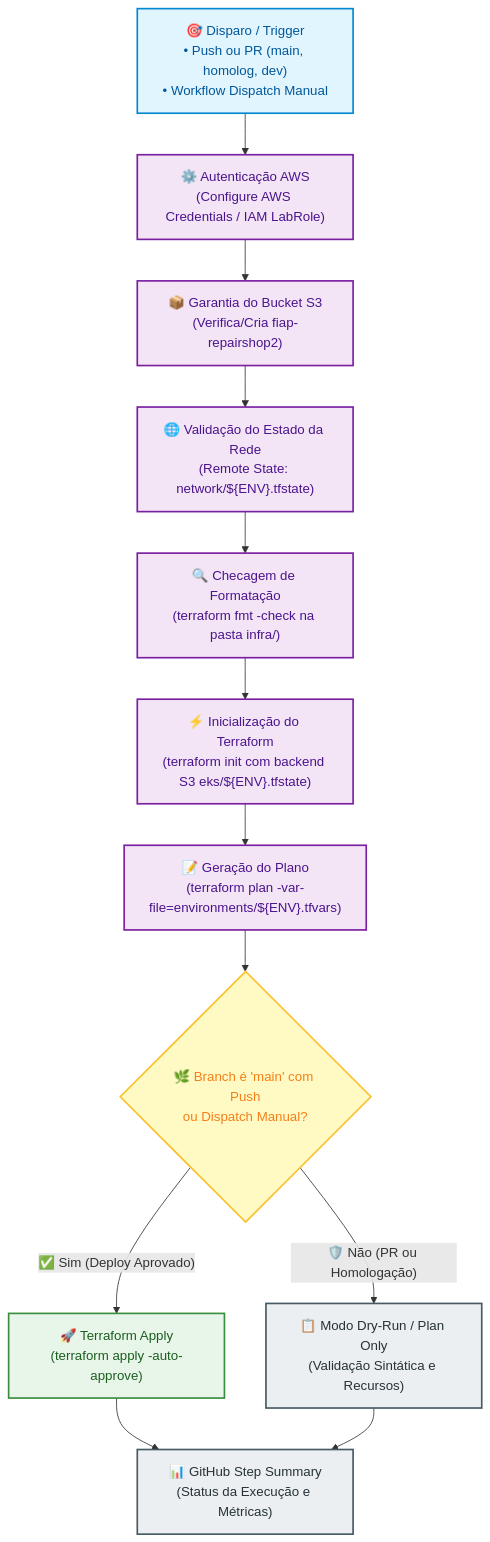
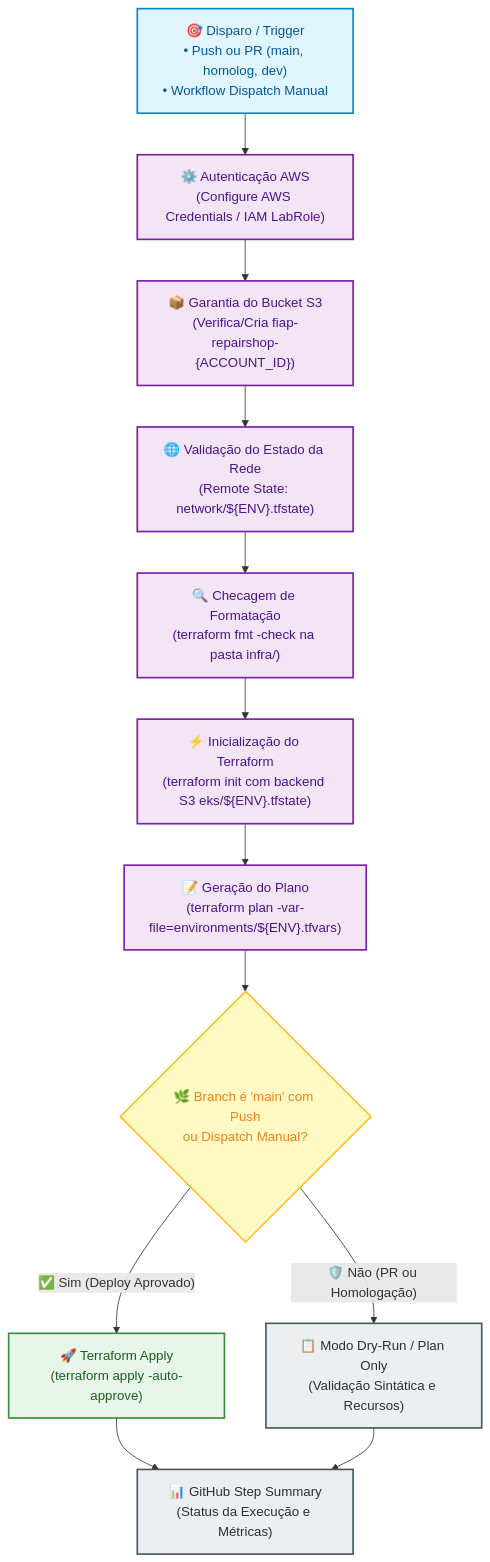
The second of 3 diagrams in README.md (tech-challenge-fiap-repairshop/tech-challenge-repairshop-infra-eks), drawn with Mermaid before and after one commit. The commit also changed other lines of this file and 4 other files, not shown here.

Commit message:
feat(ci): resolve terraform state bucket dynamically by AWS account id

````diff
--- a/README.md
+++ b/README.md
@@ -109,23 +109,23 @@
 ```mermaid
 flowchart TD
     classDef triggerStyle fill:#E1F5FE,stroke:#0288D1,stroke-width:2px,color:#01579B
     classDef stepStyle fill:#F3E5F5,stroke:#7B1FA2,stroke-width:2px,color:#4A148C
     classDef gateStyle fill:#FFF9C4,stroke:#FBC02D,stroke-width:2px,color:#F57F17
     classDef deployStyle fill:#E8F5E9,stroke:#388E3C,stroke-width:2px,color:#1B5E20
     classDef reportStyle fill:#ECEFF1,stroke:#455A64,stroke-width:2px,color:#263238
 
     A["🎯 Disparo / Trigger\n• Push ou PR (main, homolog, dev)\n• Workflow Dispatch Manual"]:::triggerStyle
     A --> B["⚙️ Autenticação AWS\n(Configure AWS Credentials / IAM LabRole)"]:::stepStyle
-    B --> C["📦 Garantia do Bucket S3\n(Verifica/Cria fiap-repairshop2)"]:::stepStyle
+    B --> C["📦 Garantia do Bucket S3\n(Verifica/Cria fiap-repairshop-{ACCOUNT_ID})"]:::stepStyle
     C --> D["🌐 Validação do Estado da Rede\n(Remote State: network/${ENV}.tfstate)"]:::stepStyle
     D --> E["🔍 Checagem de Formatação\n(terraform fmt -check na pasta infra/)"]:::stepStyle
     E --> F["⚡ Inicialização do Terraform\n(terraform init com backend S3 eks/${ENV}.tfstate)"]:::stepStyle
     F --> G["📝 Geração do Plano\n(terraform plan -var-file=environments/${ENV}.tfvars)"]:::stepStyle
     G --> H{"🌿 Branch é 'main' com Push\nou Dispatch Manual?"}:::gateStyle
     
     H -- "✅ Sim (Deploy Aprovado)" --> I["🚀 Terraform Apply\n(terraform apply -auto-approve)"]:::deployStyle
     H -- "🛡️ Não (PR ou Homologação)" --> J["📋 Modo Dry-Run / Plan Only\n(Validação Sintática e Recursos)"]:::reportStyle
     
     I --> K["📊 GitHub Step Summary\n(Status da Execução e Métricas)"]:::reportStyle
     J --> K
 ```
````
